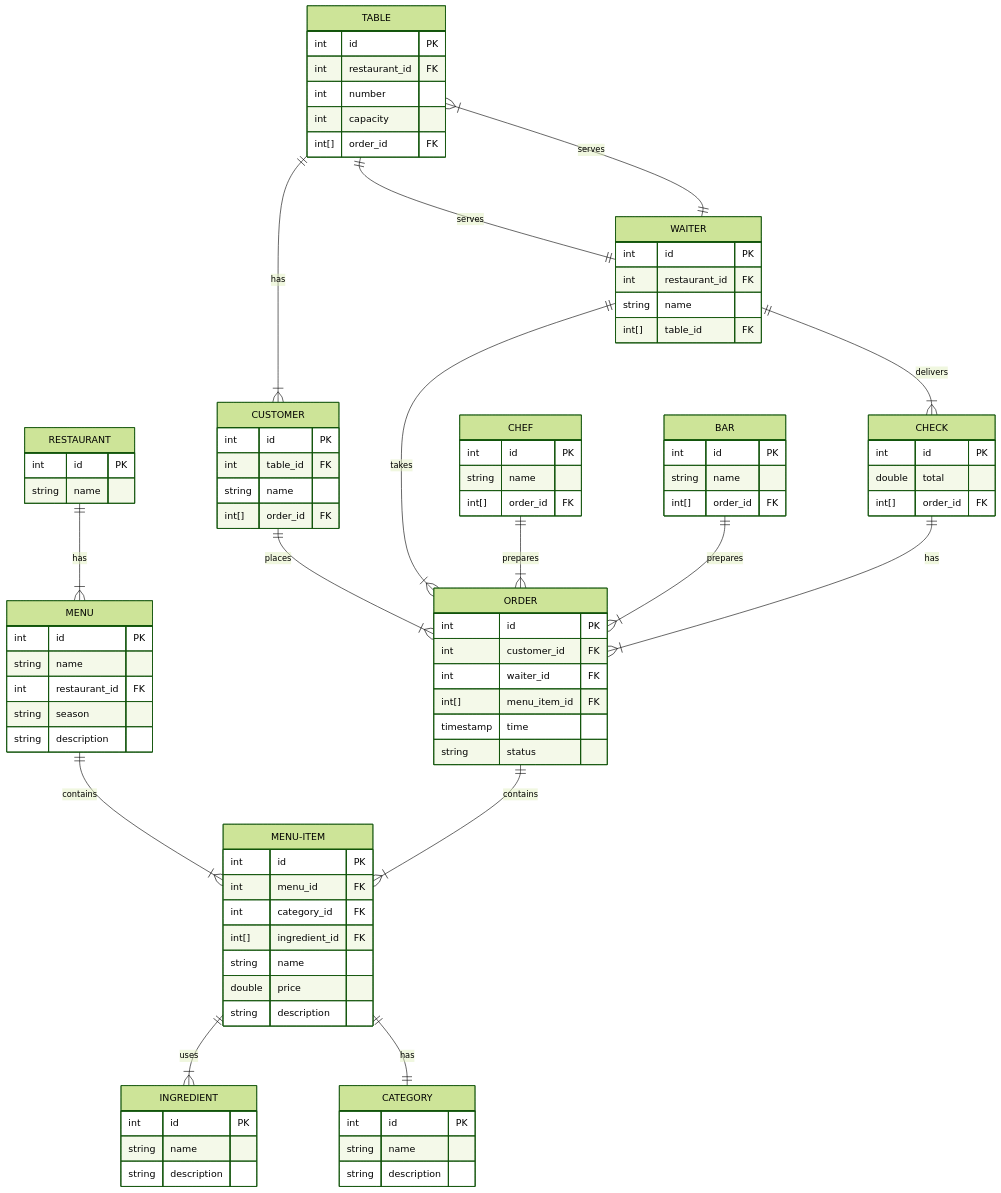
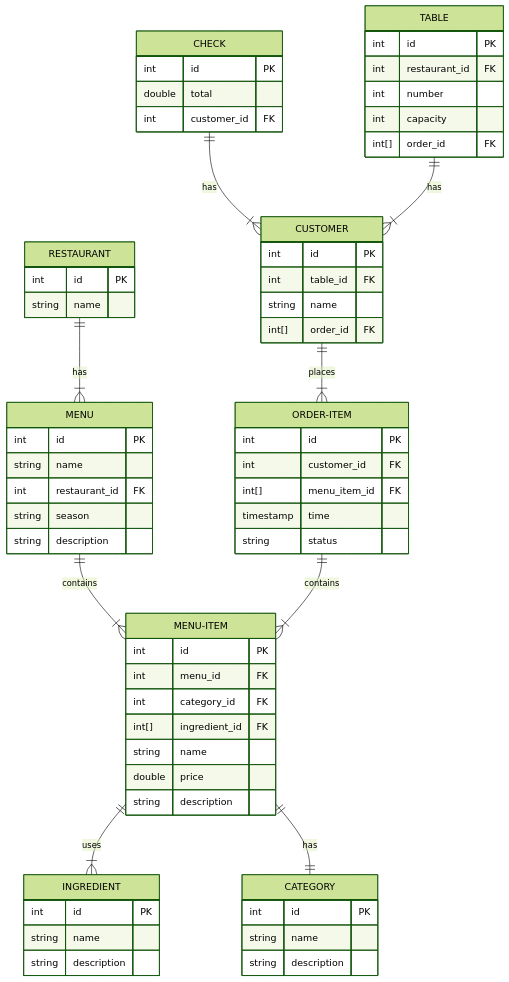
One commit to wrath-codes/drograria changed the second of 2 diagrams in diagram.md. Above: the diagram before and after it, drawn with Mermaid (forest theme).

Commit message:
fix(er): fixed eR diagram

````diff
--- a/diagram.md
+++ b/diagram.md
@@ -17,16 +17,10 @@
         MENU ||--|{ MENU-ITEM : contains
         MENU-ITEM ||--|{ INGREDIENT : uses
         MENU-ITEM ||--|| CATEGORY : has
-        ORDER ||--|{ MENU-ITEM : contains
-        CHECK ||--|{ ORDER : has
-        CUSTOMER ||--|{ ORDER : places
+        ORDER-ITEM ||--|{ MENU-ITEM : contains
+        CHECK ||--|{ CUSTOMER : has
+        CUSTOMER ||--|{ ORDER-ITEM : places
         TABLE ||--|{ CUSTOMER : has
-        TABLE ||--|| WAITER : serves
-        WAITER ||--|{ ORDER : takes
-        WAITER ||--|{ TABLE : serves
-        WAITER ||--|{ CHECK : delivers
-        CHEF ||--|{ ORDER : prepares
-        BAR ||--|{ ORDER : prepares
 
 
         RESTAURANT {
@@ -73,17 +67,10 @@
             int[] order_id FK
         }
         
-        WAITER {
-            int id PK
-            int restaurant_id FK
-            string name
-            int[] table_id FK
-        }
         
-        ORDER {
+        ORDER-ITEM {
             int id PK
             int customer_id FK
-            int waiter_id FK
             int[] menu_item_id FK
             timestamp time
             string status
@@ -99,18 +86,8 @@
         CHECK {
             int id PK
             double total
-            int[] order_id FK
+            int customer_id FK
         }
 
-        CHEF {
-            int id PK
-            string name
-            int[] order_id FK
-        }
-        
-        BAR {
-            int id PK
-            string name
-            int[] order_id FK
-        }
+
     ```
````
